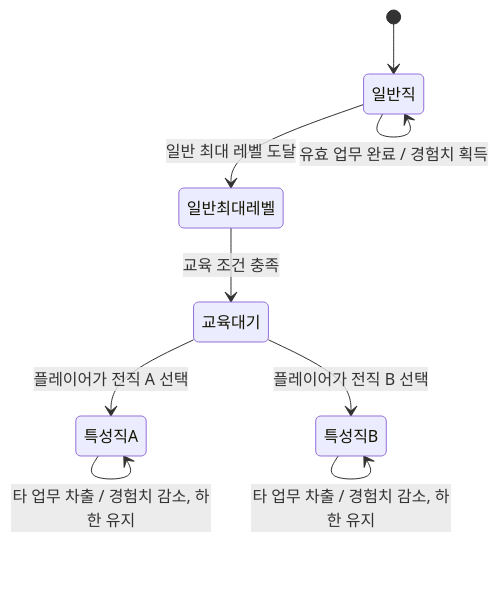
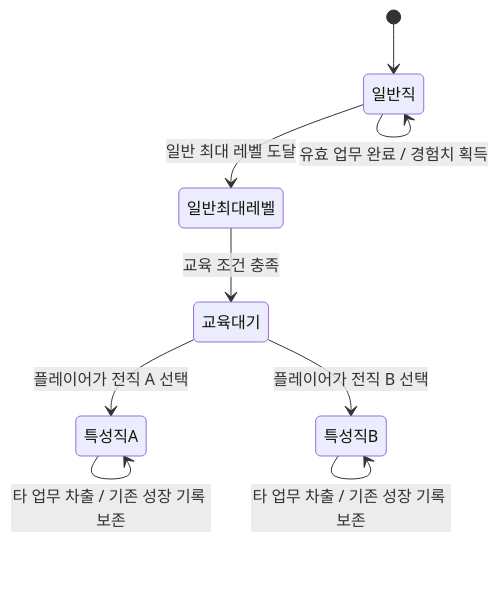
Before and after one commit to Merkatte/NPC_2D_Private: the third of 6 diagrams in PublicMD/SPEC.md, drawn with Mermaid. The commit also changed other lines of this file and 66 other files, not shown here.

````diff
--- a/PublicMD/SPEC.md
+++ b/PublicMD/SPEC.md
@@ -218,13 +220,13 @@
 ```mermaid
 stateDiagram-v2
     [*] --> 일반직
     일반직 --> 일반직: 유효 업무 완료 / 경험치 획득
     일반직 --> 일반최대레벨: 일반 최대 레벨 도달
     일반최대레벨 --> 교육대기: 교육 조건 충족
     교육대기 --> 특성직A: 플레이어가 전직 A 선택
     교육대기 --> 특성직B: 플레이어가 전직 B 선택
     특성직A --> 특성직A: 특화 업무 수행
     특성직B --> 특성직B: 특화 업무 수행
-    특성직A --> 특성직A: 타 업무 차출 / 경험치 감소, 하한 유지
-    특성직B --> 특성직B: 타 업무 차출 / 경험치 감소, 하한 유지
+    특성직A --> 특성직A: 타 업무 차출 / 기존 성장 기록 보존
+    특성직B --> 특성직B: 타 업무 차출 / 기존 성장 기록 보존
 ```
````
